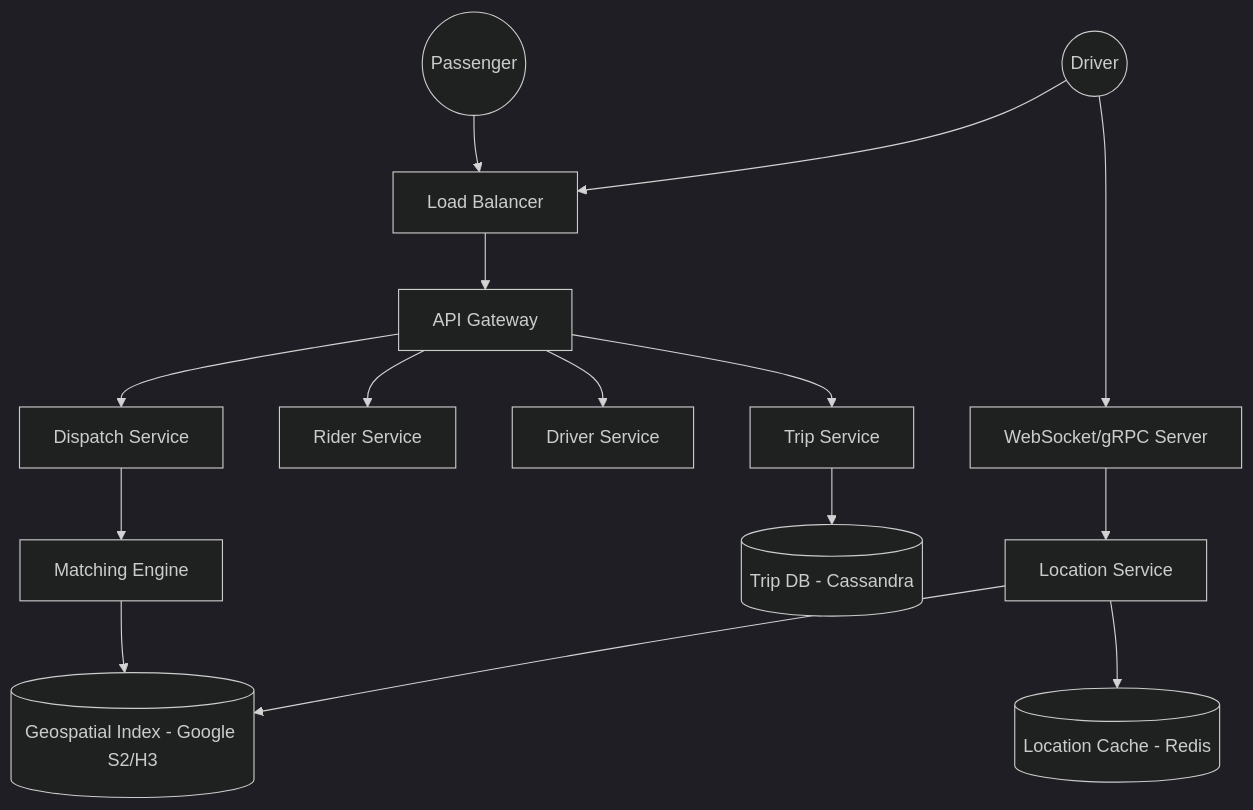
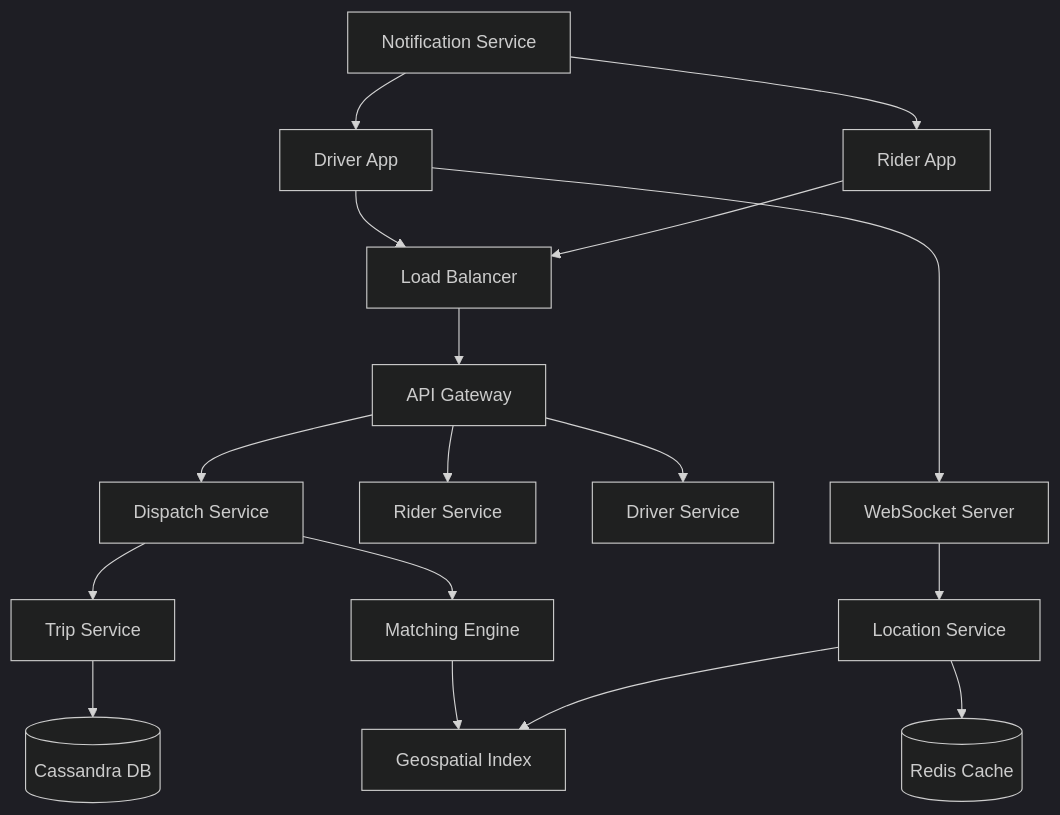
Before and after one commit to yokeshrana/systemdesign: the diagram in docs/case-studies/uber.md, drawn with Mermaid (dark theme). The commit also changed other lines of this file and 5 other files, not shown here.

Commit message:
docs: deeply enhance case studies with 7-step structure and detailed architecture

````diff
--- a/docs/case-studies/uber.md
+++ b/docs/case-studies/uber.md
@@ -20,23 +76,26 @@
 ```mermaid
 graph TD
-    P((Passenger)) --> LB[Load Balancer]
-    D((Driver)) --> LB
+    R[Rider App] --> LB[Load Balancer]
+    D[Driver App] --> LB
     
-    LB --> API[API Gateway]
+    LB --> Gateway[API Gateway]
     
-    API --> Dispatch[Dispatch Service]
-    API --> RiderS[Rider Service]
-    API --> DriverS[Driver Service]
+    Gateway --> Dispatcher[Dispatch Service]
+    Gateway --> RiderS[Rider Service]
+    Gateway --> DriverS[Driver Service]
     
-    D --> WebSocket[WebSocket/gRPC Server]
-    WebSocket --> LocationS[Location Service]
+    D --> WS[WebSocket Server]
+    WS --> LocationS[Location Service]
     
-    LocationS --> GeoIndex[(Geospatial Index - Google S2/H3)]
-    LocationS --> Redis[(Location Cache - Redis)]
+    LocationS --> Redis[(Redis Cache)]
+    LocationS --> GeoIndex[Geospatial Index]
     
-    Dispatch --> Matching[Matching Engine]
+    Dispatcher --> Matching[Matching Engine]
     Matching --> GeoIndex
     
-    API --> TripS[Trip Service]
-    TripS --> DB[(Trip DB - Cassandra)]
+    Dispatcher --> TripS[Trip Service]
+    TripS --> Cassandra[(Cassandra DB)]
+    
+    Notification[Notification Service] --> R
+    Notification --> D
 ```
````
